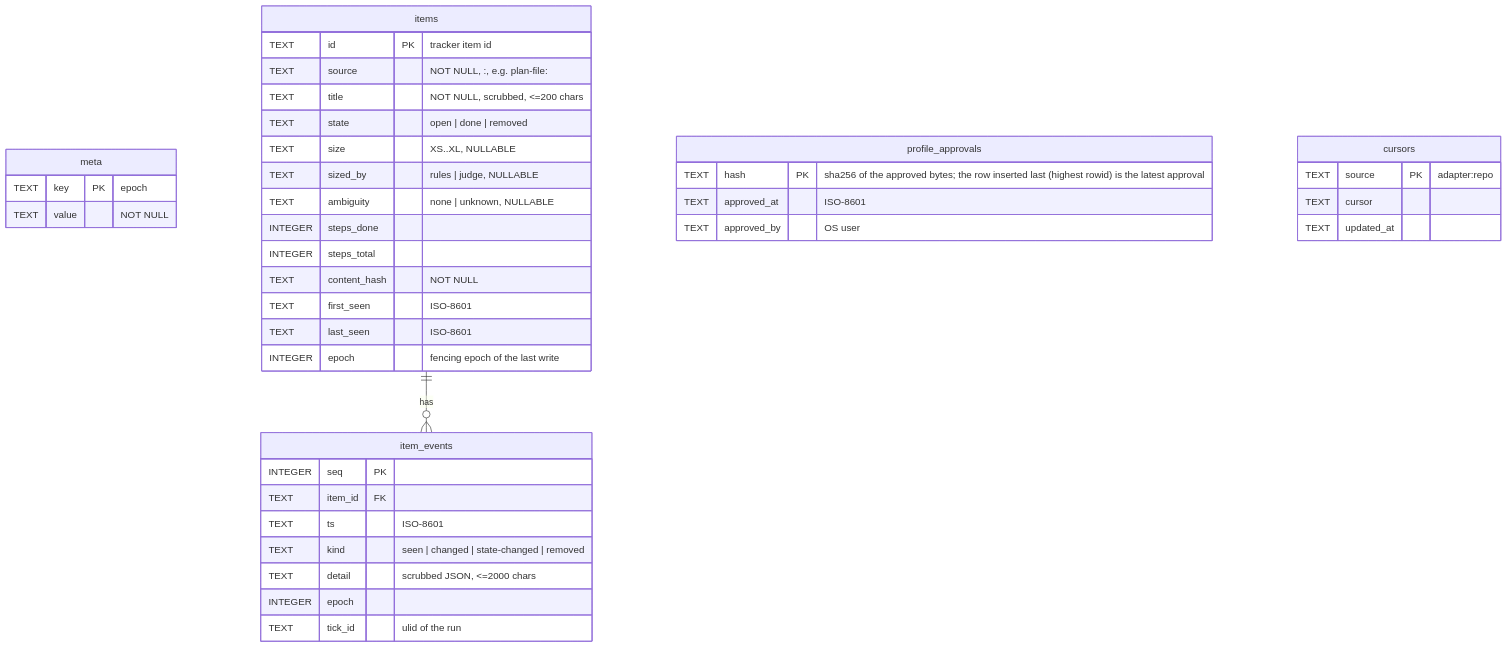
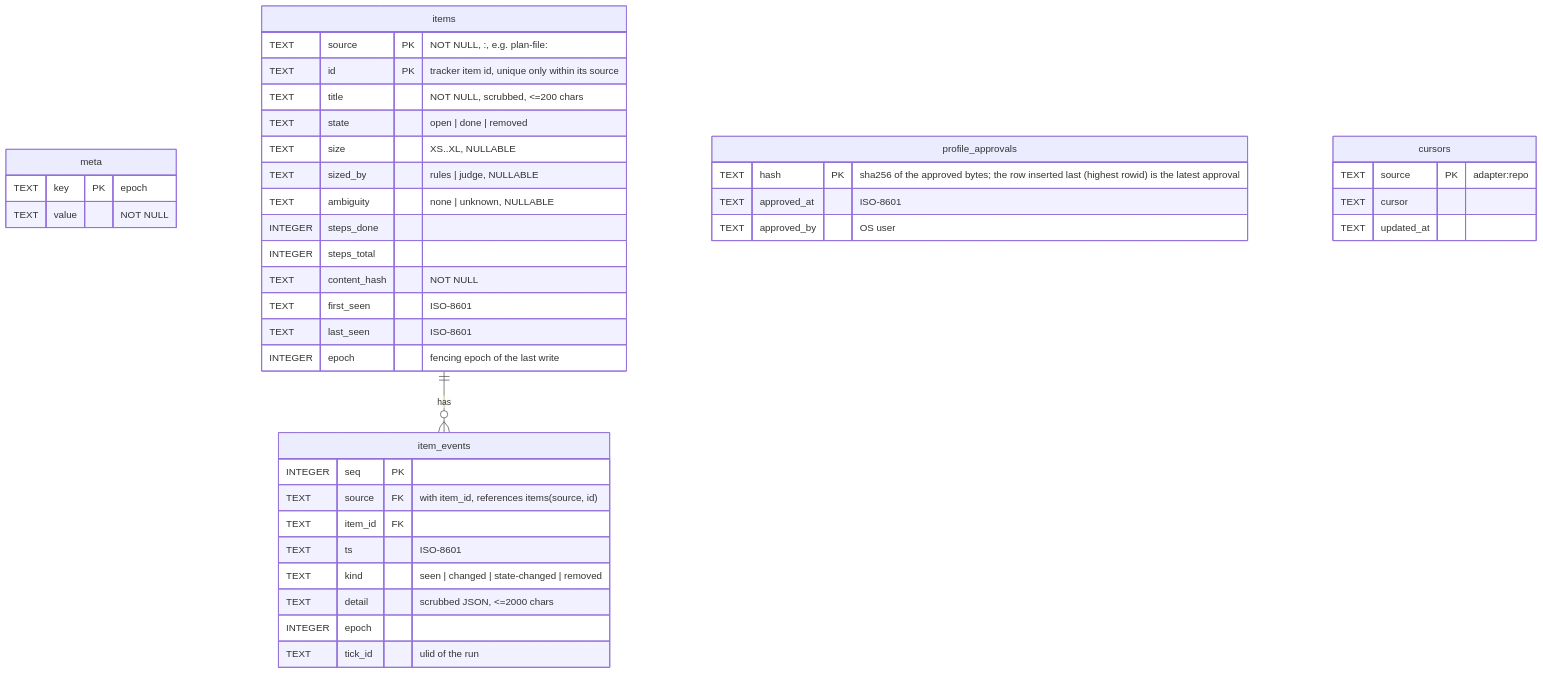
Before and after one commit to joithor/agentic-workflow: the second of 2 diagrams in planning/ERD.md, drawn with Mermaid. The commit also changed other lines of this file and 5 other files, not shown here.

First line of the commit message:
fix: sindri ledger keys items by source and id and shows the newest events

````diff
--- a/planning/ERD.md
+++ b/planning/ERD.md
@@ -135,42 +135,43 @@
 ```mermaid
 erDiagram
     meta {
         TEXT key PK "epoch"
         TEXT value "NOT NULL"
     }
     items {
-        TEXT id PK "tracker item id"
-        TEXT source "NOT NULL, <tracker type>:<repo>, e.g. plan-file:<repo>"
+        TEXT source PK "NOT NULL, <tracker type>:<repo>, e.g. plan-file:<repo>"
+        TEXT id PK "tracker item id, unique only within its source"
         TEXT title "NOT NULL, scrubbed, <=200 chars"
         TEXT state "open | done | removed"
         TEXT size "XS..XL, NULLABLE"
         TEXT sized_by "rules | judge, NULLABLE"
         TEXT ambiguity "none | unknown, NULLABLE"
         INTEGER steps_done
         INTEGER steps_total
         TEXT content_hash "NOT NULL"
         TEXT first_seen "ISO-8601"
         TEXT last_seen "ISO-8601"
         INTEGER epoch "fencing epoch of the last write"
     }
     item_events {
         INTEGER seq PK
+        TEXT source FK "with item_id, references items(source, id)"
         TEXT item_id FK
         TEXT ts "ISO-8601"
         TEXT kind "seen | changed | state-changed | removed"
         TEXT detail "scrubbed JSON, <=2000 chars"
         INTEGER epoch
         TEXT tick_id "ulid of the run"
     }
     profile_approvals {
         TEXT hash PK "sha256 of the approved bytes; the row inserted last (highest rowid) is the latest approval"
         TEXT approved_at "ISO-8601"
         TEXT approved_by "OS user"
     }
     cursors {
         TEXT source PK "adapter:repo"
         TEXT cursor
         TEXT updated_at
     }
     items ||--o{ item_events : "has"
 ```
````
